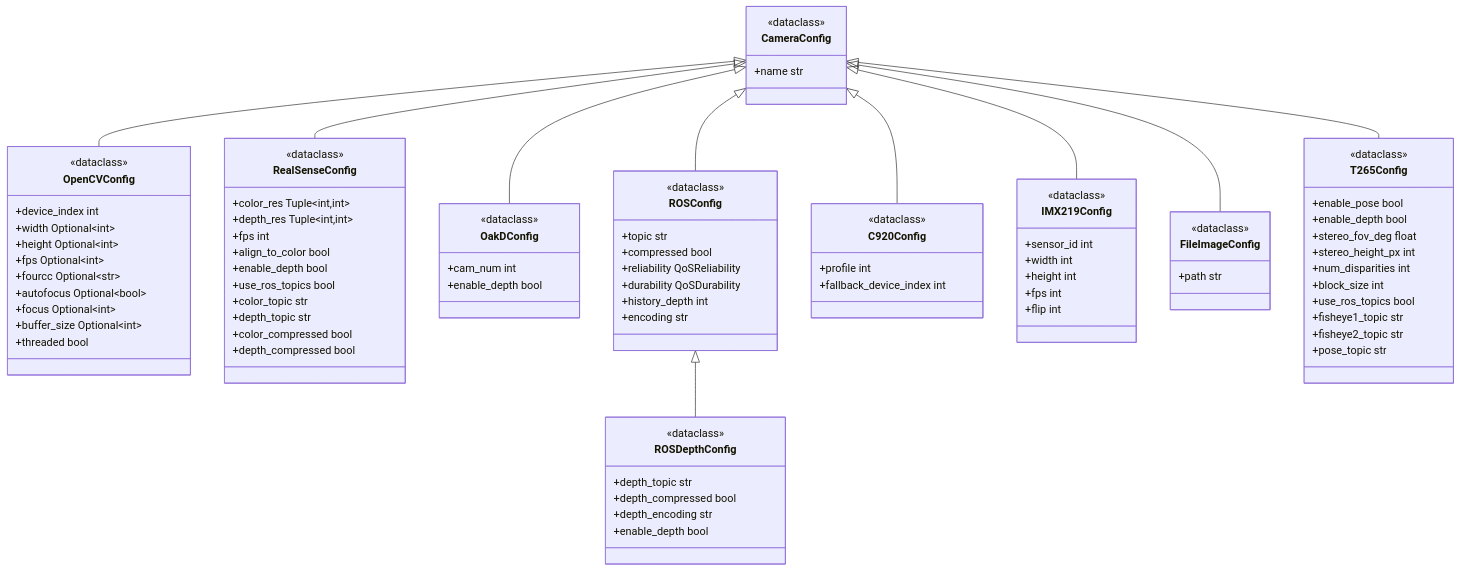
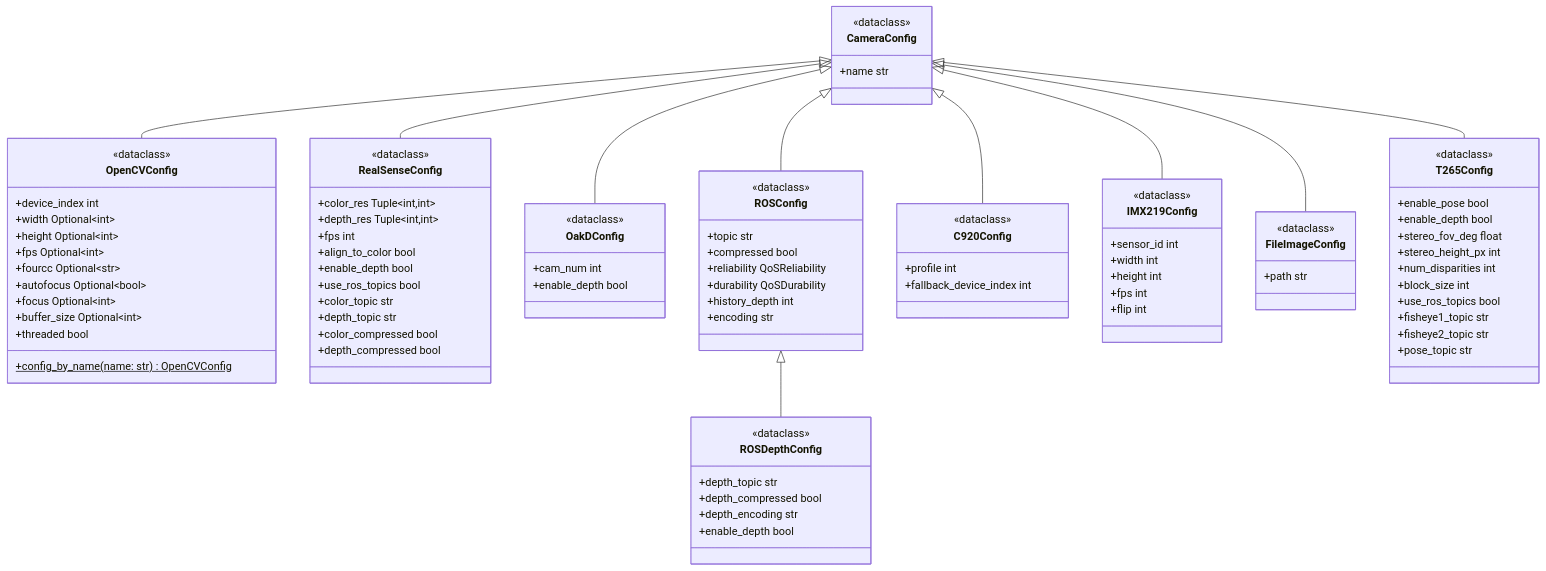
Before and after one commit to Black-Bee-Drones/nectar-sdk: the second of 2 diagrams in nectar/nectar/vision/camera/README.md, drawn with Mermaid. The commit also changed 1 other file, not shown here.

Commit message:
feat(camera): add config_by_name method to OpenCVConfig for dynamic camera configuration

```diff
--- a/nectar/nectar/vision/camera/README.md
+++ b/nectar/nectar/vision/camera/README.md
@@ -280,6 +280,7 @@
         +focus Optional~int~
         +buffer_size Optional~int~
         +threaded bool
+        +config_by_name(name: str)$ OpenCVConfig
     }
 
     class RealSenseConfig {
```
